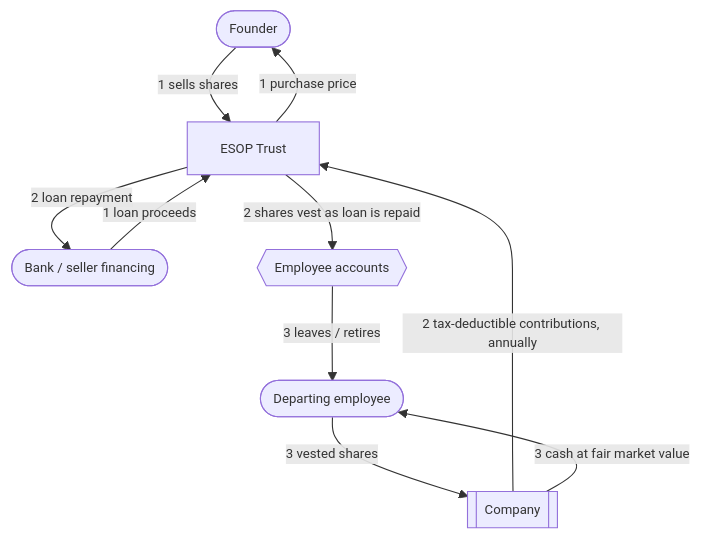
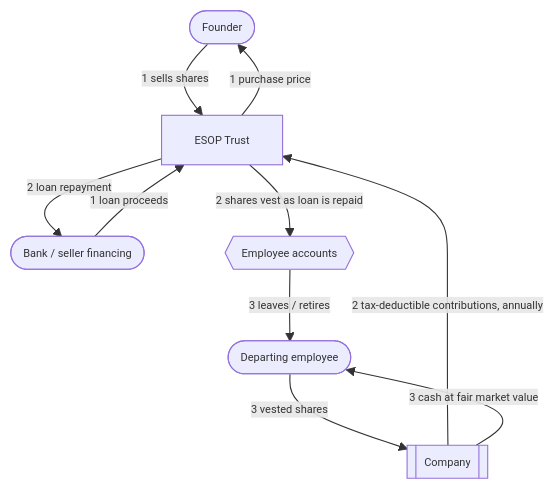
Before and after one commit to doikayt/admin: the first of 2 diagrams in governance/commons-hub-pattern.md, drawn with Mermaid. The commit also changed 1 other file, not shown here.

````diff
--- a/governance/commons-hub-pattern.md
+++ b/governance/commons-hub-pattern.md
@@ -402,20 +402,20 @@
 ```mermaid
-%%{init: {"themeVariables": {"fontSize": "12px"}}}%%
+%%{init: {"themeVariables": {"fontSize": "10px"}}}%%
 flowchart TD
     Founder([Founder])
     Lender([Bank / seller financing])
     Trust[ESOP Trust]
     Company[[Company]]
     Employees{{Employee accounts}}
     Departing([Departing employee])
 
     Founder -- "1 sells shares" --> Trust
     Lender -- "1 loan proceeds" --> Trust
     Trust -- "1 purchase price" --> Founder
     Company -- "2 tax-deductible contributions, annually" --> Trust
     Trust -- "2 loan repayment" --> Lender
     Trust -- "2 shares vest as loan is repaid" --> Employees
     Employees -- "3 leaves / retires" --> Departing
     Departing -- "3 vested shares" --> Company
     Company -- "3 cash at fair market value" --> Departing
 ```
````
